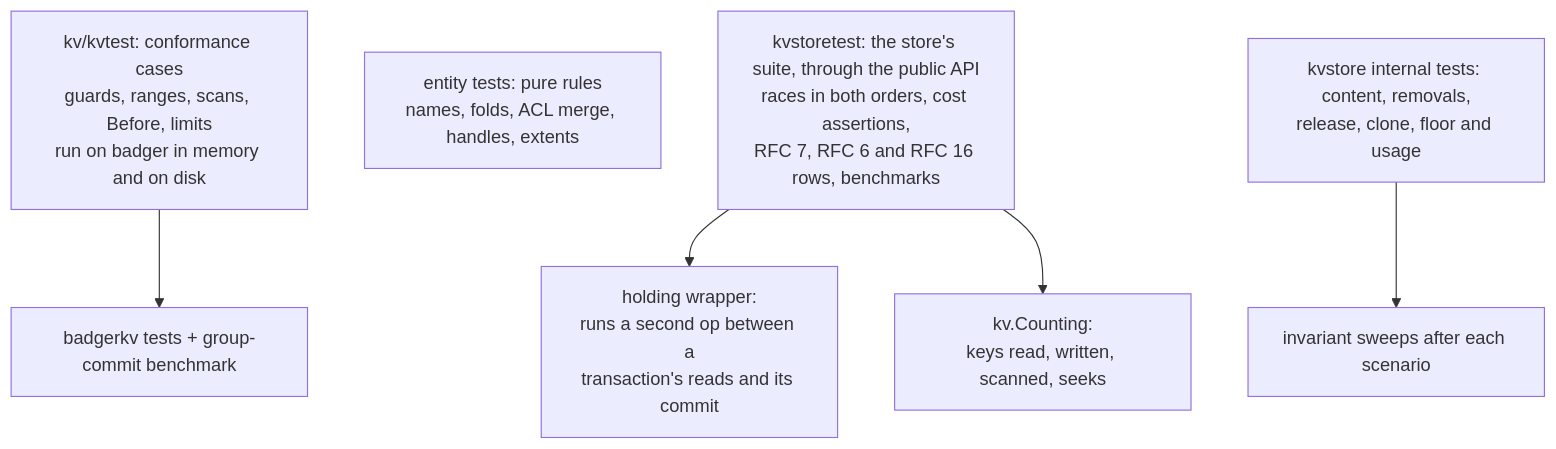
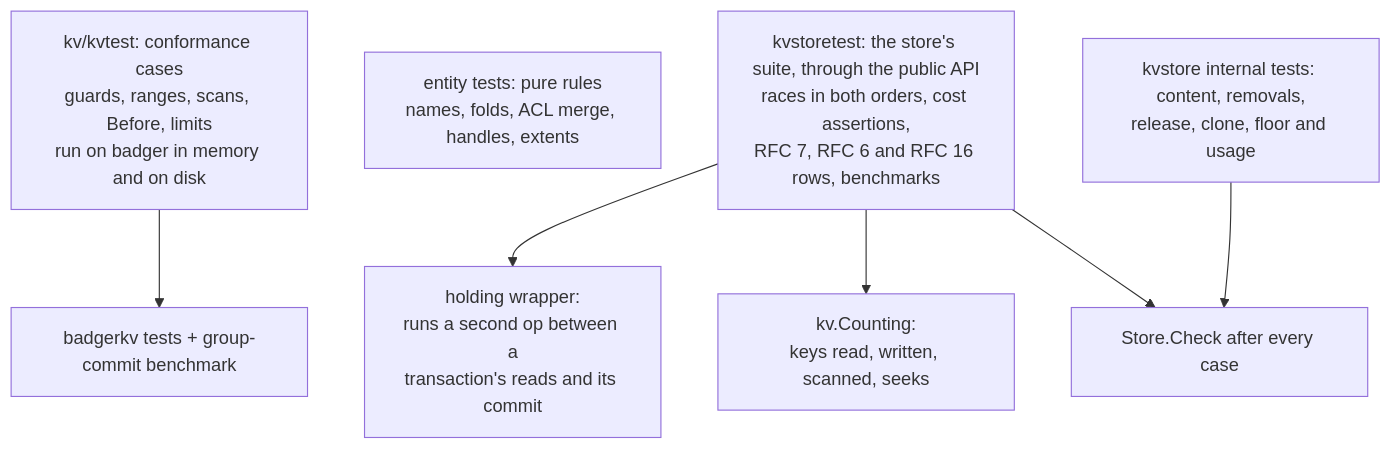
One commit to marmos91/dittofs changed diagram 12 of 12 in docs/internals/kv-layer-guide.md. Above: the diagram before and after it, drawn with Mermaid. The commit also changed other lines of this file, not shown here.

````diff
--- a/docs/internals/kv-layer-guide.md
+++ b/docs/internals/kv-layer-guide.md
@@ -476,10 +478,11 @@
 ```mermaid
 flowchart TB
   kvt["kv/kvtest: conformance cases<br/>guards, ranges, scans, Before, limits<br/>run on badger in memory and on disk"] --> badger["badgerkv tests + group-commit benchmark"]
   ent["entity tests: pure rules<br/>names, folds, ACL merge, handles, extents"]
   ks["kvstoretest: the store's suite, through the public API<br/>races in both orders, cost assertions,<br/>RFC 7, RFC 6 and RFC 16 rows, benchmarks"]
   internal["kvstore internal tests: content, removals,<br/>release, clone, floor and usage"]
   ks --> holding["holding wrapper:<br/>runs a second op between a<br/>transaction's reads and its commit"]
   ks --> counting["kv.Counting:<br/>keys read, written, scanned, seeks"]
-  internal --> sweeps["invariant sweeps after each scenario"]
+  ks --> check["Store.Check after every case"]
+  internal --> check
 ```
````
